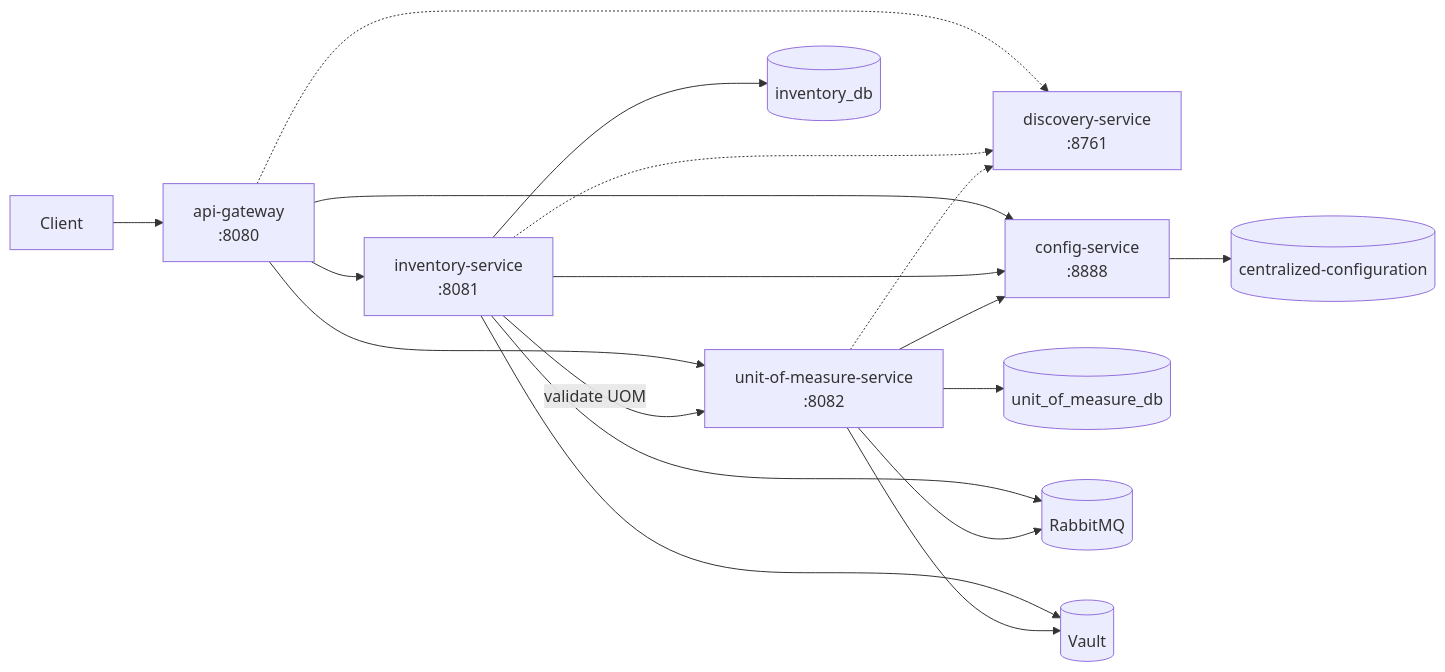
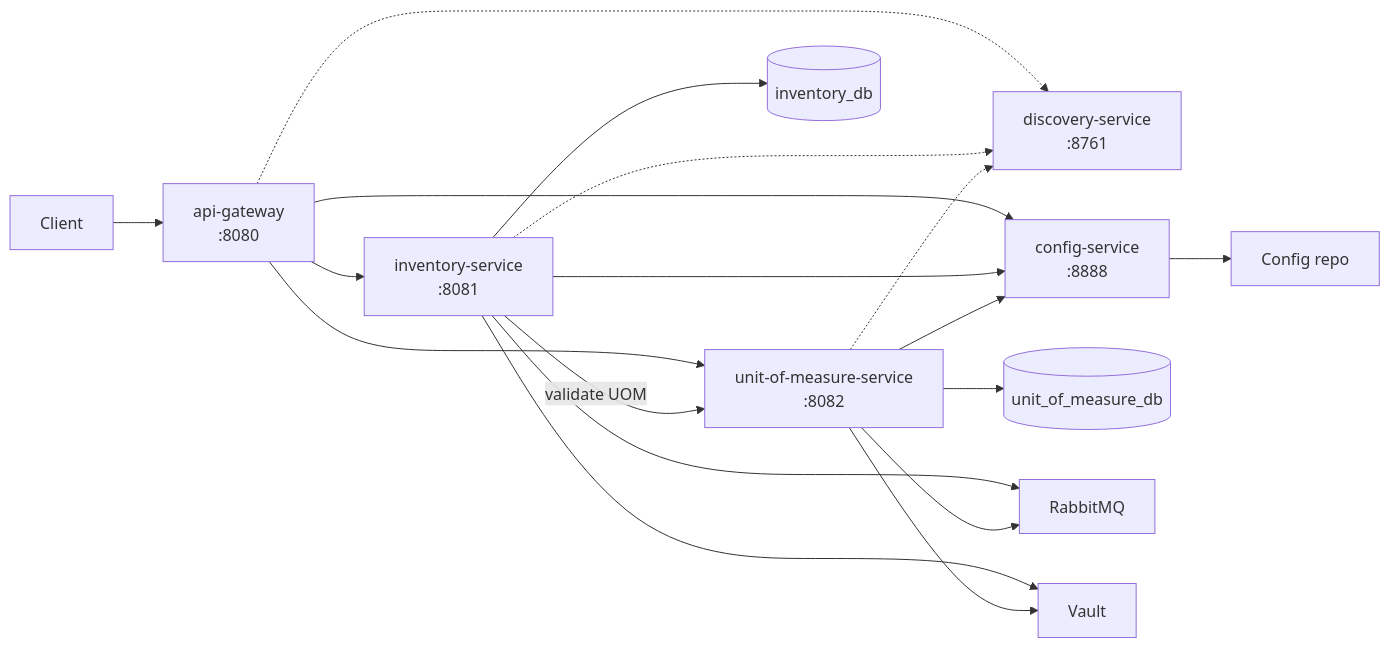
The diagram in profile/README.md (elara-app/.github), drawn with Mermaid before and after one commit. The commit also changed other lines of this file, not shown here.

Commit message:
docs(profile): fit and clarify the architecture diagram

````diff
--- a/profile/README.md
+++ b/profile/README.md
@@ -47,20 +47,20 @@
 ```mermaid
 flowchart LR
   Client[Client] --> Gateway[api-gateway<br/>:8080]
   Gateway --> Inventory[inventory-service<br/>:8081]
   Gateway --> UOM[unit-of-measure-service<br/>:8082]
   Inventory -->|validate UOM| UOM
   Gateway -.-> Discovery[discovery-service<br/>:8761]
   Inventory -.-> Discovery
   UOM -.-> Discovery
   Gateway --> Config[config-service<br/>:8888]
   Inventory --> Config
   UOM --> Config
-  Config --> ConfigRepo[(centralized-configuration)]
+  Config --> ConfigRepo[Config repo]
   Inventory --> InventoryDB[(inventory_db)]
   UOM --> UOMDB[(unit_of_measure_db)]
-  Inventory --> Rabbit[(RabbitMQ)]
+  Inventory --> Rabbit[RabbitMQ]
   UOM --> Rabbit
-  Inventory --> Vault[(Vault)]
+  Inventory --> Vault[Vault]
   UOM --> Vault
 ```
````
